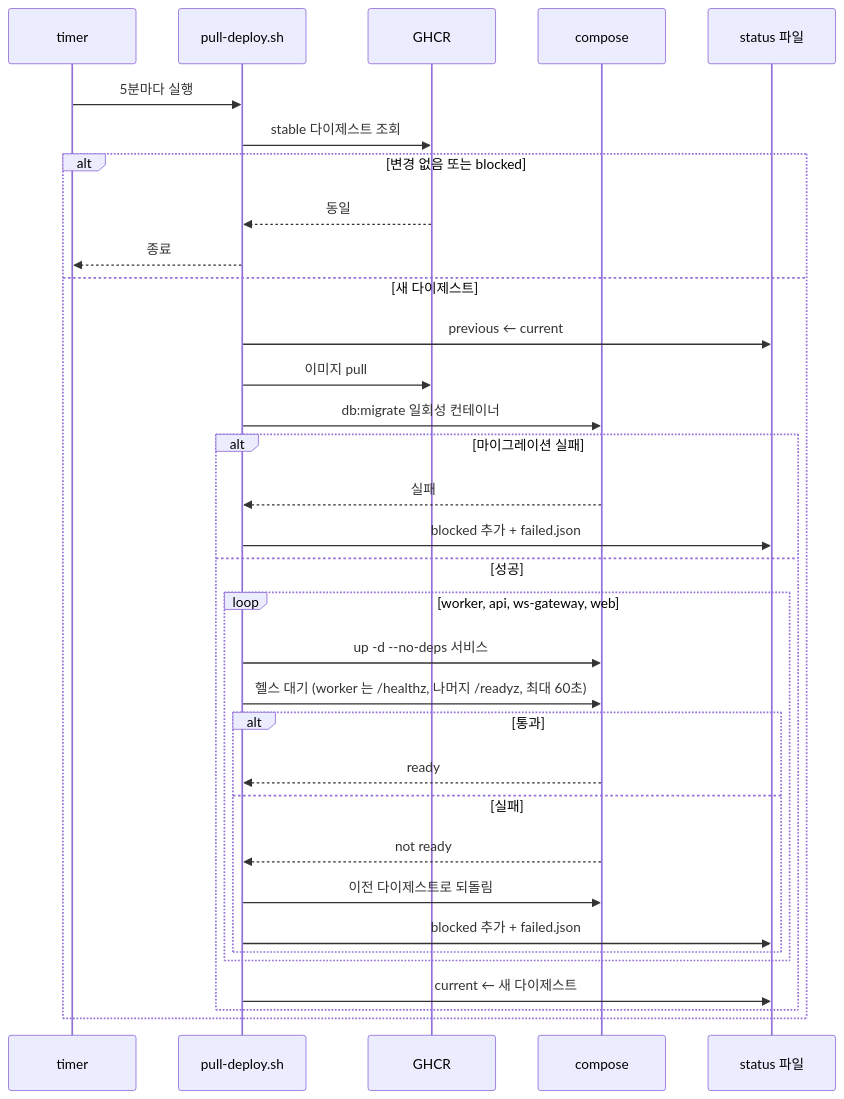
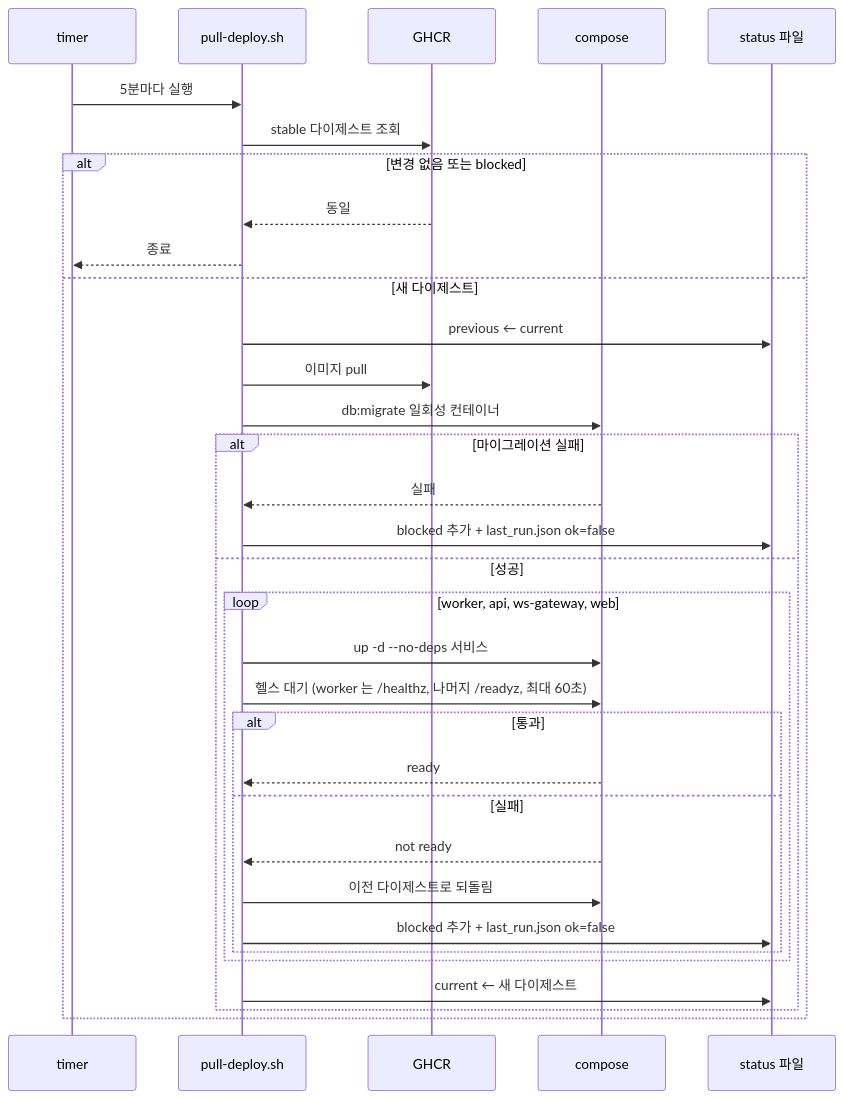
Diagram 26 of 42 in docs/design/features/17-ops-observability.md (1985jwlee/portpolio_backend), drawn with Mermaid before and after one commit. The commit also changed other lines of this file and 18 other files, not shown here.

````diff
--- a/docs/design/features/17-ops-observability.md
+++ b/docs/design/features/17-ops-observability.md
@@ -1493,35 +1508,35 @@
 ```mermaid
 sequenceDiagram
     participant TM as timer
     participant PD as pull-deploy.sh
     participant R as GHCR
     participant C as compose
     participant S as status 파일
     TM->>PD: 5분마다 실행
     PD->>R: stable 다이제스트 조회
     alt 변경 없음 또는 blocked
         R-->>PD: 동일
         PD-->>TM: 종료
     else 새 다이제스트
         PD->>S: previous ← current
         PD->>R: 이미지 pull
         PD->>C: db:migrate 일회성 컨테이너
         alt 마이그레이션 실패
             C-->>PD: 실패
-            PD->>S: blocked 추가 + failed.json
+            PD->>S: blocked 추가 + last_run.json ok=false
         else 성공
             loop worker, api, ws-gateway, web
                 PD->>C: up -d --no-deps 서비스
                 PD->>C: 헬스 대기 (worker 는 /healthz, 나머지 /readyz, 최대 60초)
                 alt 통과
                     C-->>PD: ready
                 else 실패
                     C-->>PD: not ready
                     PD->>C: 이전 다이제스트로 되돌림
-                    PD->>S: blocked 추가 + failed.json
+                    PD->>S: blocked 추가 + last_run.json ok=false
                 end
             end
             PD->>S: current ← 새 다이제스트
         end
     end
 ```
````
